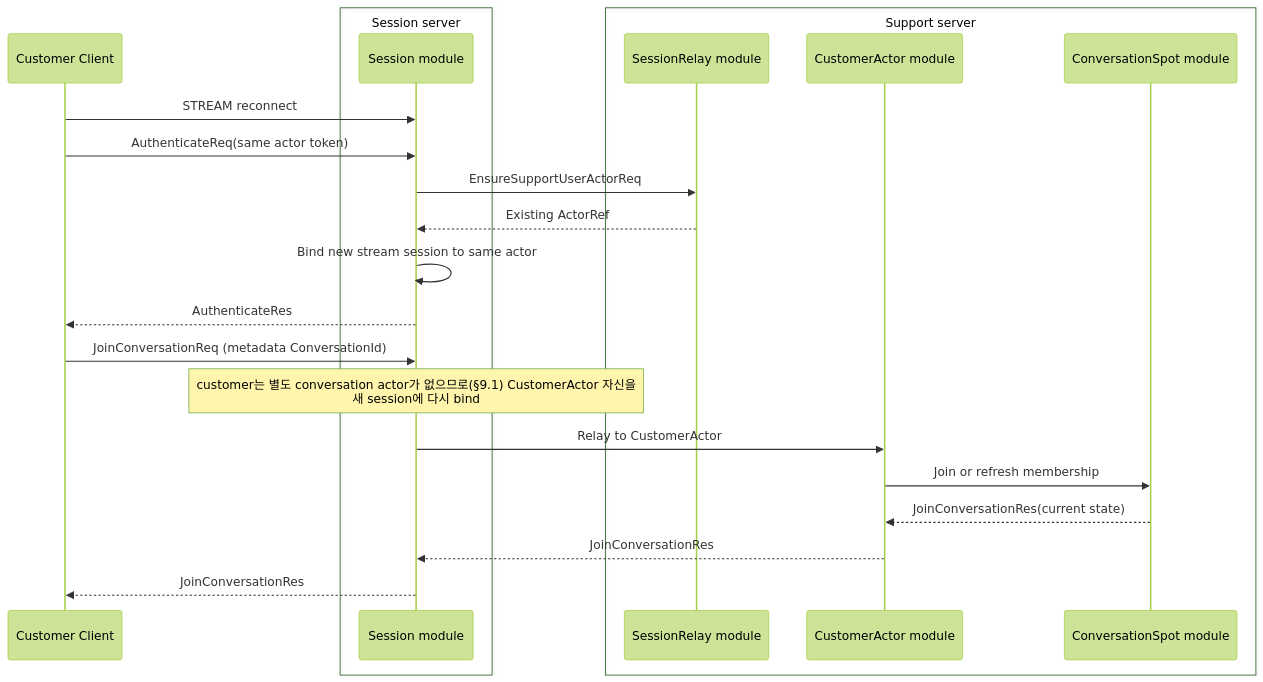
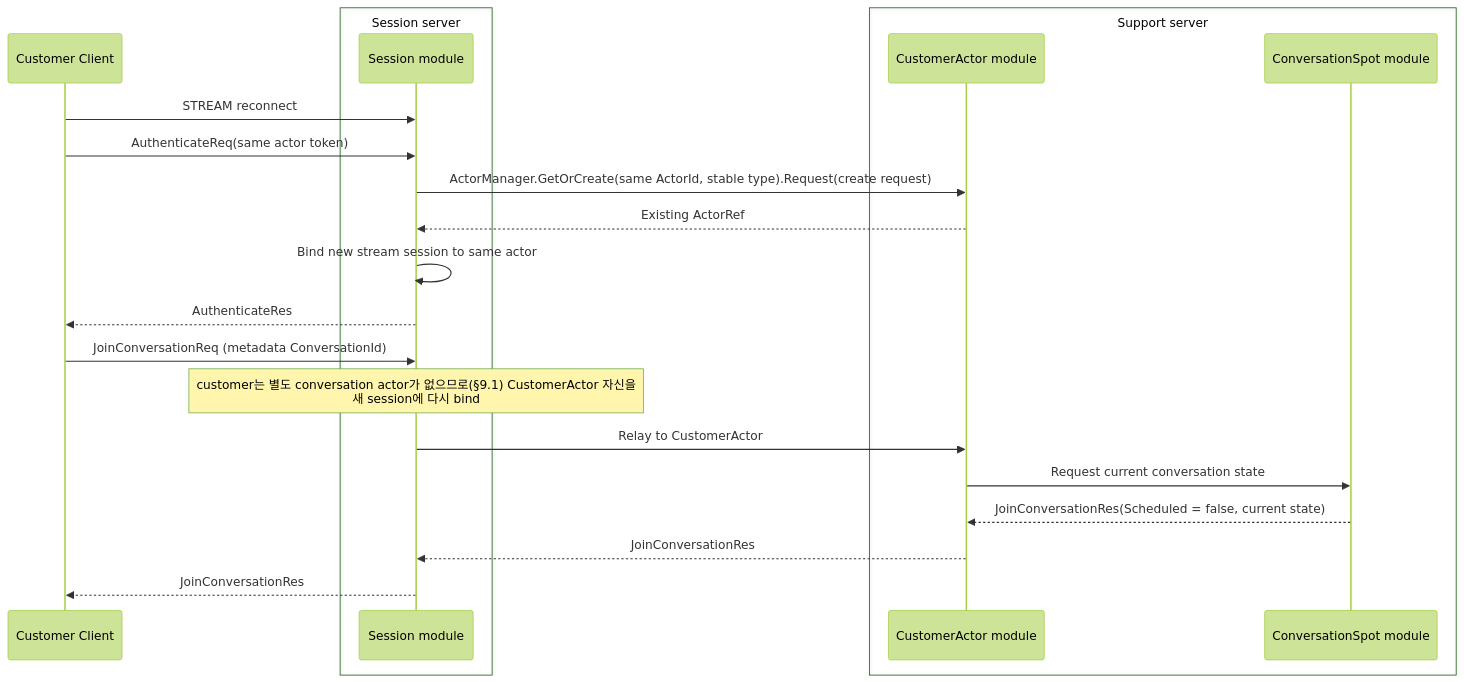
One commit to kairos-code-dev/zlink changed the seventh of 9 diagrams in framework/doc/framework/common/sample/supportchat/README.ko.md. Above: the diagram before and after it, drawn with Mermaid (forest theme). The commit also changed other lines of this file and 1160 other files, not shown here.

````diff
--- a/framework/doc/framework/common/sample/supportchat/README.ko.md
+++ b/framework/doc/framework/common/sample/supportchat/README.ko.md
@@ -887,28 +878,27 @@
 ```mermaid
 sequenceDiagram
     participant C as Customer Client
 
     box Session server
         participant S as Session module
     end
 
     box Support server
-        participant SUP as SessionRelay module
         participant A as CustomerActor module
         participant R as ConversationSpot module
     end
 
     C->>S: STREAM reconnect
     C->>S: AuthenticateReq(same actor token)
-    S->>SUP: EnsureSupportUserActorReq
-    SUP-->>S: Existing ActorRef
+    S->>A: ActorManager.GetOrCreate(same ActorId, stable type).Request(create request)
+    A-->>S: Existing ActorRef
     S->>S: Bind new stream session to same actor
     S-->>C: AuthenticateRes
     C->>S: JoinConversationReq (metadata ConversationId)
     Note over S: customer는 별도 conversation actor가 없으므로(§9.1) CustomerActor 자신을<br/>새 session에 다시 bind
     S->>A: Relay to CustomerActor
-    A->>R: Join or refresh membership
-    R-->>A: JoinConversationRes(current state)
+    A->>R: Request current conversation state
+    R-->>A: JoinConversationRes(Scheduled = false, current state)
     A-->>S: JoinConversationRes
     S-->>C: JoinConversationRes
 ```
````
